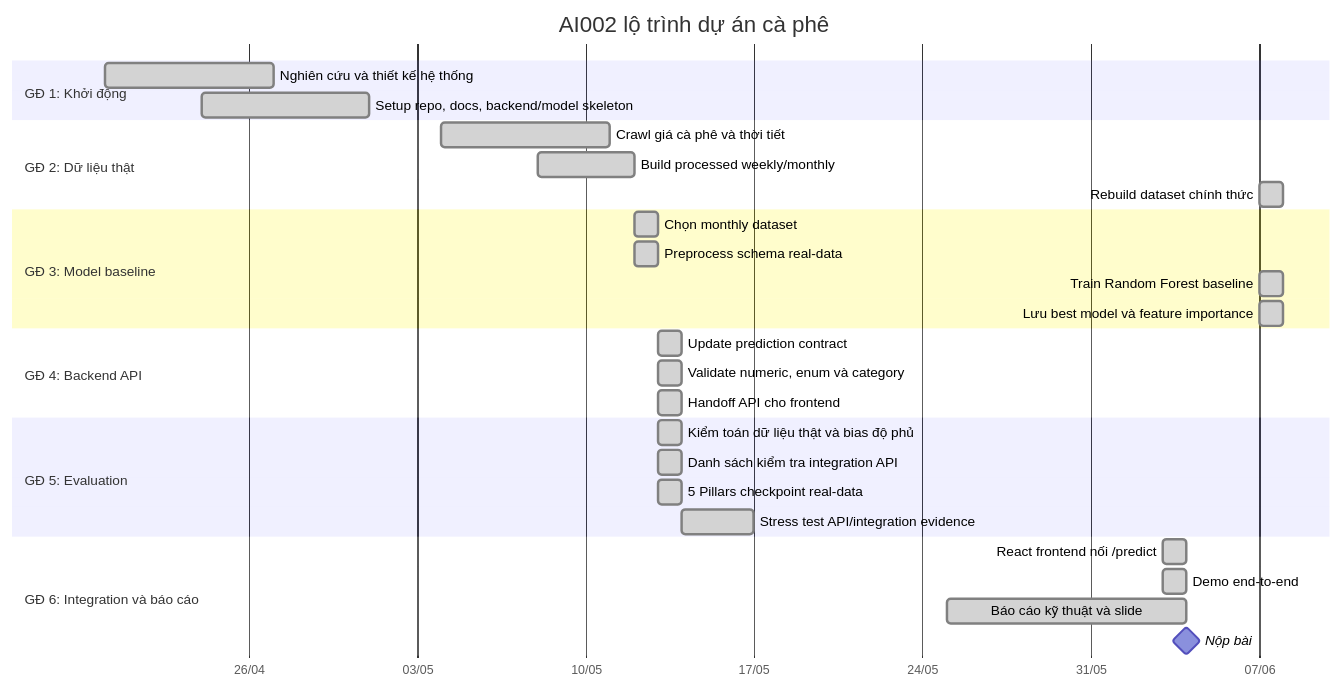
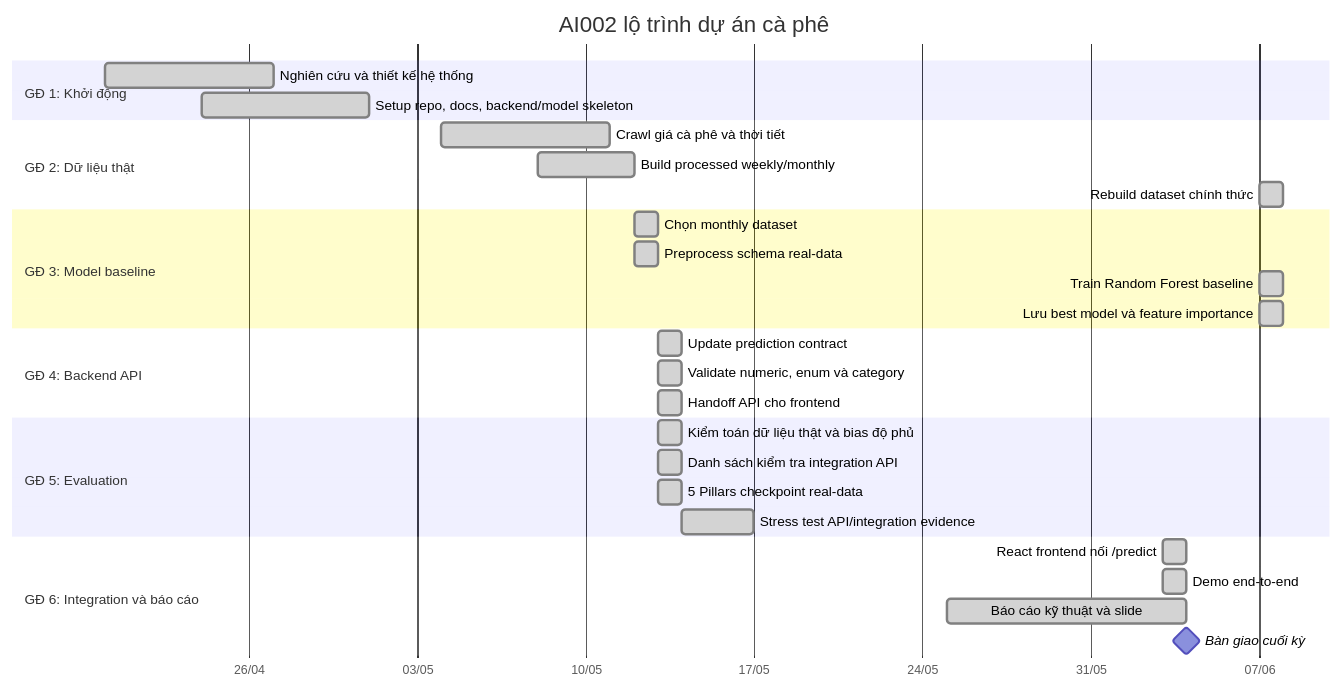
The third of 8 diagrams in docs/project-roadmap.md (uit-25730067-chithanh/AI002-Team22-DT10), drawn with Mermaid before and after one commit. The commit also changed other lines of this file and 26 other files, not shown here.

````diff
--- a/docs/project-roadmap.md
+++ b/docs/project-roadmap.md
@@ -62,39 +62,39 @@
 ```mermaid
 gantt
     title AI002 lộ trình dự án cà phê
     dateFormat  YYYY-MM-DD
     tickInterval 1w
     axisFormat  %d/%m
 
     section GĐ 1: Khởi động
     Nghiên cứu và thiết kế hệ thống          :done, a1, 2026-04-20, 7d
     Setup repo, docs, backend/model skeleton :done, a2, 2026-04-24, 7d
 
     section GĐ 2: Dữ liệu thật
     Crawl giá cà phê và thời tiết            :done, b1, 2026-05-04, 7d
     Build processed weekly/monthly           :done, b2, 2026-05-08, 4d
     Rebuild dataset chính thức                  :done, b3, 2026-06-07, 1d
 
     section GĐ 3: Model baseline
     Chọn monthly dataset                     :done, c1, 2026-05-12, 1d
     Preprocess schema real-data              :done, c2, 2026-05-12, 1d
     Train Random Forest baseline             :done, c3, 2026-06-07, 1d
     Lưu best model và feature importance     :done, c4, 2026-06-07, 1d
 
     section GĐ 4: Backend API
     Update prediction contract               :done, d1, 2026-05-13, 1d
     Validate numeric, enum và category       :done, d2, 2026-05-13, 1d
     Handoff API cho frontend                 :done, d3, 2026-05-13, 1d
 
     section GĐ 5: Evaluation
     Kiểm toán dữ liệu thật và bias độ phủ         :done, e0, 2026-05-13, 1d
     Danh sách kiểm tra integration API             :done, e1, 2026-05-13, 1d
     5 Pillars checkpoint real-data           :done, e2, 2026-05-13, 1d
     Stress test API/integration evidence     :done, e3, 2026-05-14, 3d
 
     section GĐ 6: Integration và báo cáo
     React frontend nối /predict             :done, f1, 2026-06-03, 1d
     Demo end-to-end                          :done, f2, 2026-06-03, 1d
     Báo cáo kỹ thuật và slide                :done, f3, 2026-05-25, 10d
-    Nộp bài                                  :milestone, f4, 2026-06-04, 0d
+    Bàn giao cuối kỳ                        :milestone, f4, 2026-06-04, 0d
 ```
````
